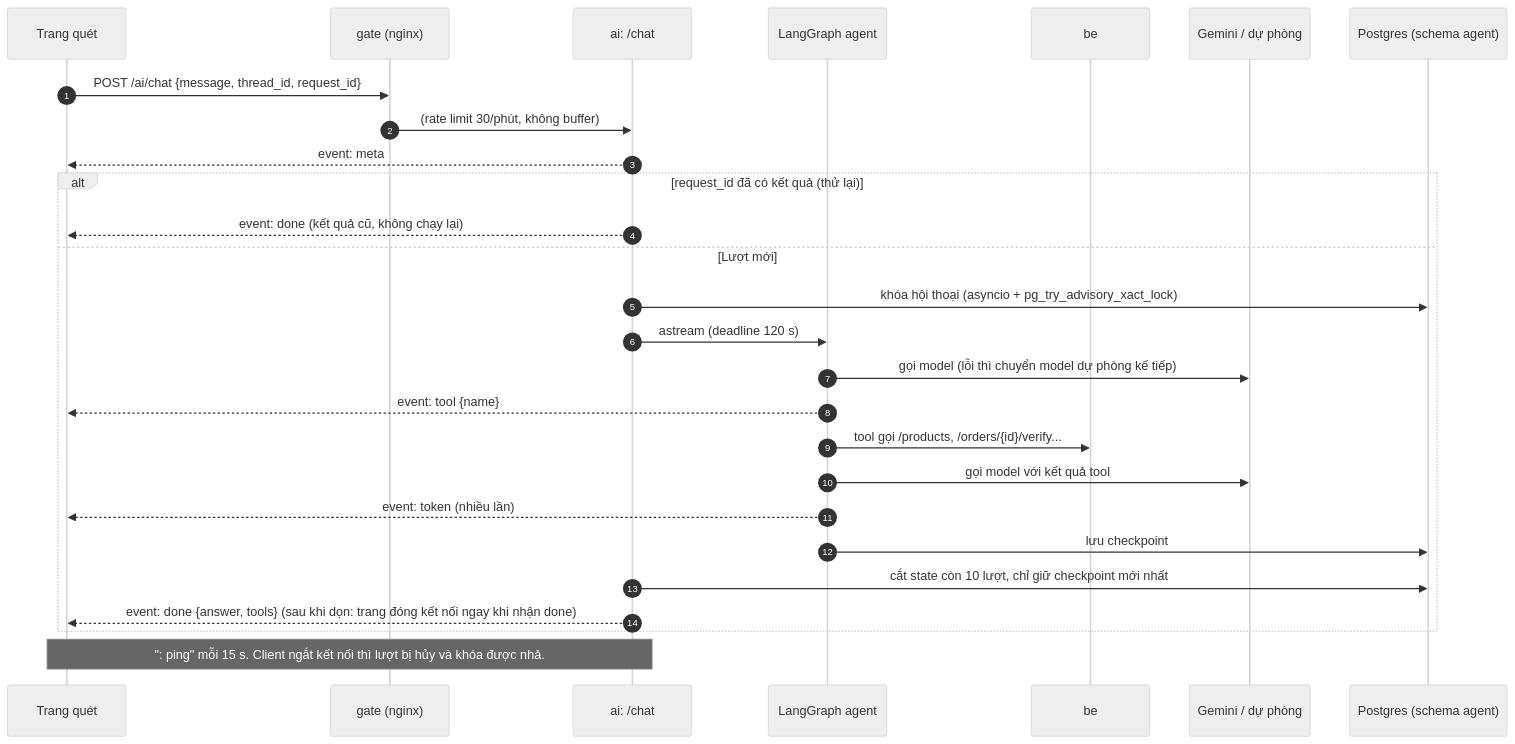
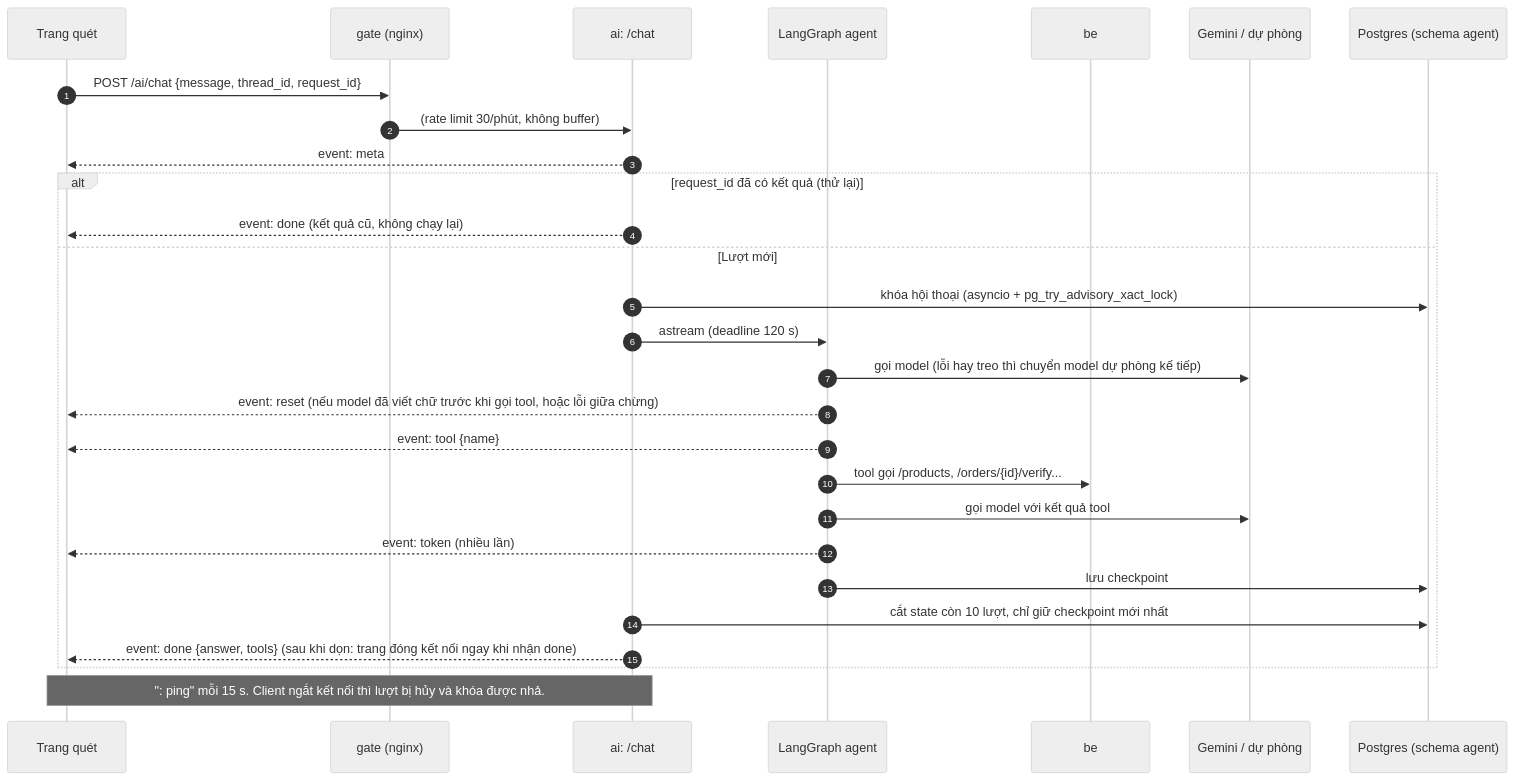
One commit to vu-wspace/barcode_chatbot changed the third of 5 diagrams in README.md. Above: the diagram before and after it, drawn with Mermaid (neutral theme). The commit also changed other lines of this file, not shown here.

````diff
--- a/README.md
+++ b/README.md
@@ -123,30 +128,31 @@
 ```mermaid
 sequenceDiagram
     autonumber
     participant FE as Trang quét
     participant G as gate (nginx)
     participant API as ai: /chat
     participant LG as LangGraph agent
     participant BE as be
     participant LLM as Gemini / dự phòng
     participant PG as Postgres (schema agent)
 
     FE->>G: POST /ai/chat {message, thread_id, request_id}
     G->>API: (rate limit 30/phút, không buffer)
     API-->>FE: event: meta
     alt request_id đã có kết quả (thử lại)
         API-->>FE: event: done (kết quả cũ, không chạy lại)
     else Lượt mới
         API->>PG: khóa hội thoại (asyncio + pg_try_advisory_xact_lock)
         API->>LG: astream (deadline 120 s)
-        LG->>LLM: gọi model (lỗi thì chuyển model dự phòng kế tiếp)
+        LG->>LLM: gọi model (lỗi hay treo thì chuyển model dự phòng kế tiếp)
+        LG-->>FE: event: reset (nếu model đã viết chữ trước khi gọi tool, hoặc lỗi giữa chừng)
         LG-->>FE: event: tool {name}
         LG->>BE: tool gọi /products, /orders/{id}/verify...
         LG->>LLM: gọi model với kết quả tool
         LG-->>FE: event: token (nhiều lần)
         LG->>PG: lưu checkpoint
         API->>PG: cắt state còn 10 lượt, chỉ giữ checkpoint mới nhất
         API-->>FE: event: done {answer, tools} (sau khi dọn: trang đóng kết nối ngay khi nhận done)
     end
     Note over FE,API: ": ping" mỗi 15 s. Client ngắt kết nối thì lượt bị hủy và khóa được nhả.
 ```
````
